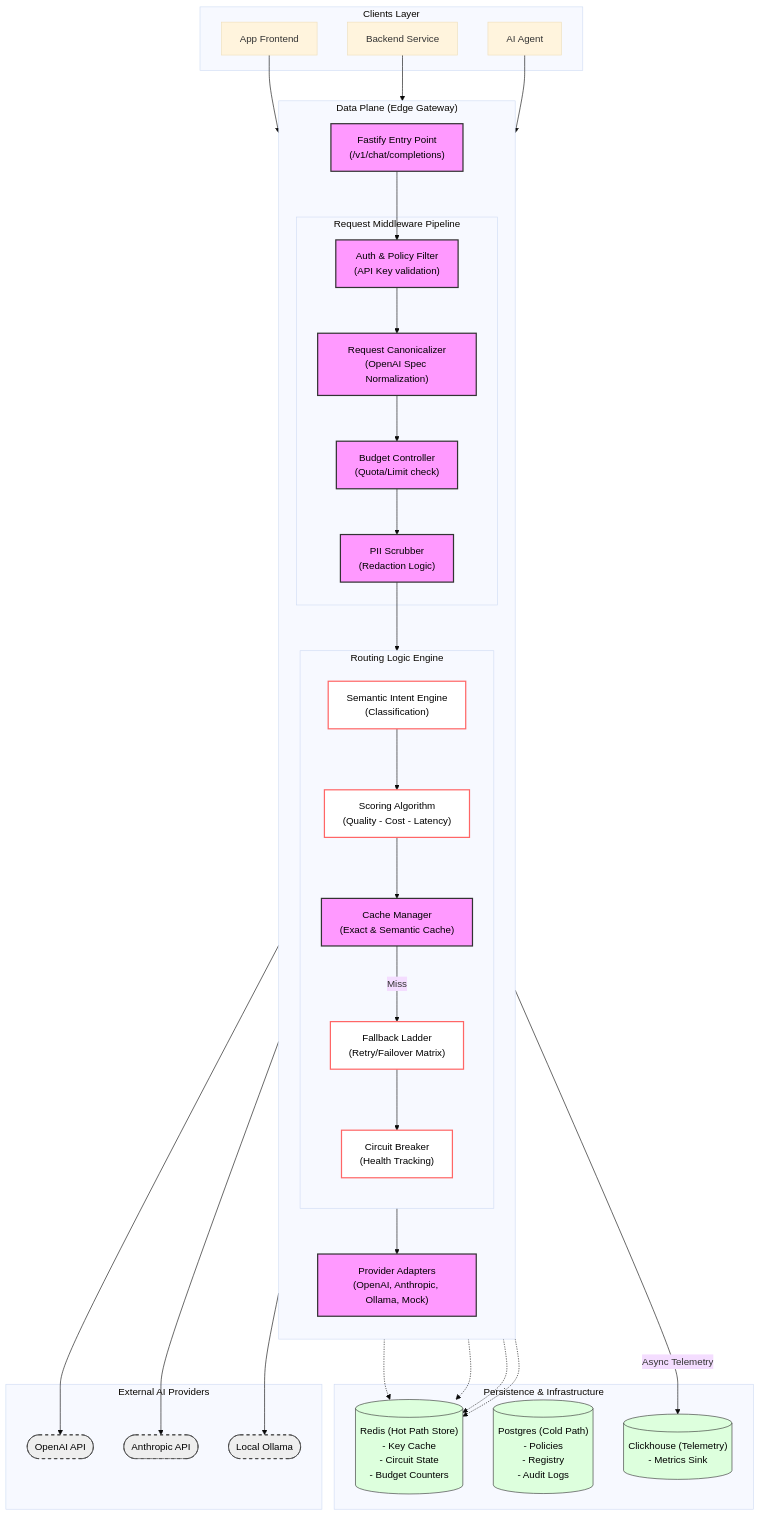
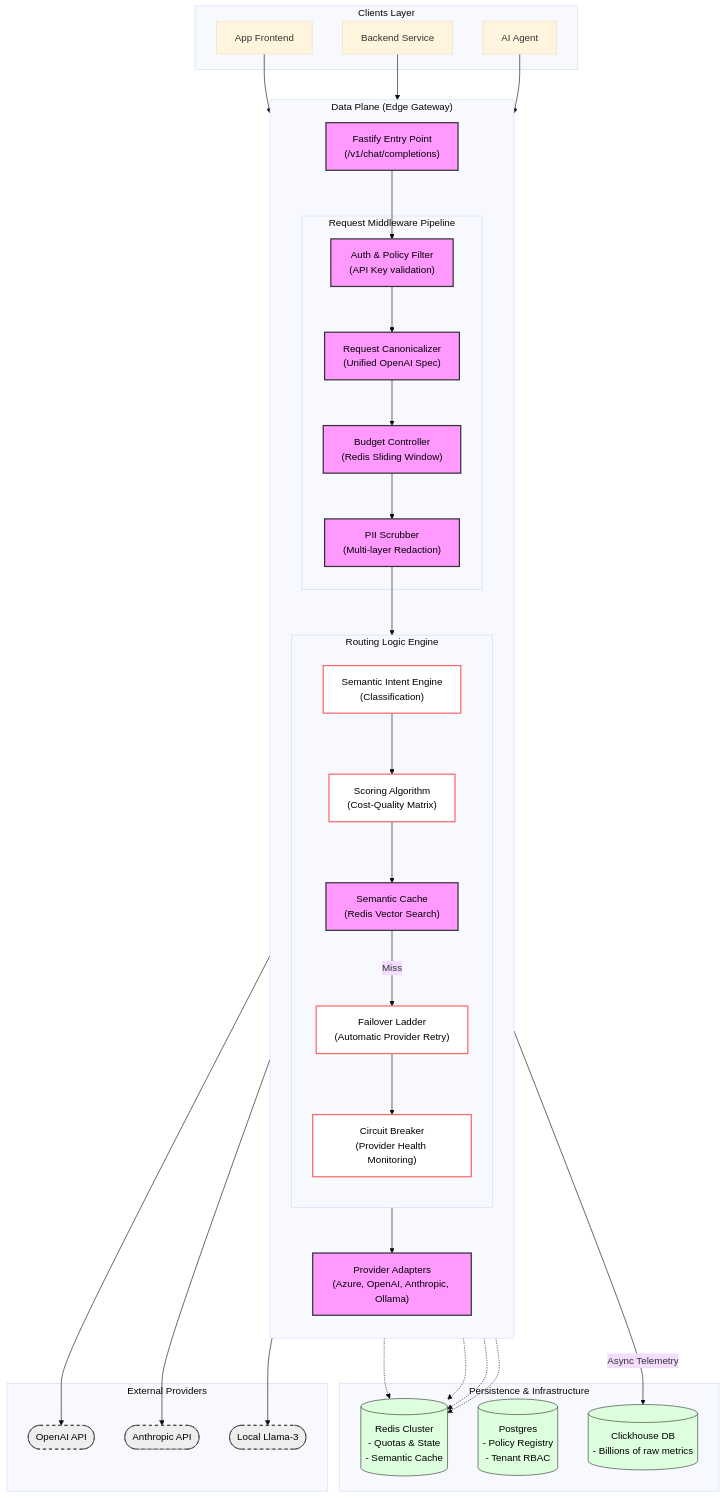
Before and after one commit to chaitanya-369/PORTOFOLIO-WEBSITE: the first of 2 diagrams in src/content/projects/api-saviour.mdx, drawn with Mermaid (base theme). The commit also changed other lines of this file and 19 other files, not shown here.

````diff
--- a/src/content/projects/api-saviour.mdx
+++ b/src/content/projects/api-saviour.mdx
@@ -13,70 +25,70 @@
 ```mermaid
 flowchart TD
     %% Global Styling
     classDef plain fill:#fff,stroke:#333,stroke-width:1px
     classDef gateway fill:#f9f,stroke:#333,stroke-width:2px,color:#000
     classDef admin fill:#bbf,stroke:#333,stroke-width:2px,color:#000
     classDef storage fill:#dfd,stroke:#333,stroke-width:1px,color:#000
     classDef external fill:#eee,stroke:#333,stroke-dasharray: 5 5,color:#000
     classDef logic fill:#fff,stroke:#f66,stroke-width:2px,color:#000
 
     subgraph "Clients Layer"
         C1["App Frontend"]
         C2["Backend Service"]
         C3["AI Agent"]
     end
 
     subgraph "Data Plane (Edge Gateway)"
         direction TB
         GW["Fastify Entry Point\n(/v1/chat/completions)"]
         
         subgraph "Request Middleware Pipeline"
             Auth["Auth & Policy Filter\n(API Key validation)"]
-            Canon["Request Canonicalizer\n(OpenAI Spec Normalization)"]
-            Budget["Budget Controller\n(Quota/Limit check)"]
-            Scrub["PII Scrubber\n(Redaction Logic)"]
+            Canon["Request Canonicalizer\n(Unified OpenAI Spec)"]
+            Budget["Budget Controller\n(Redis Sliding Window)"]
+            Scrub["PII Scrubber\n(Multi-layer Redaction)"]
         end
 
         subgraph "Routing Logic Engine"
             direction TB
             Intent["Semantic Intent Engine\n(Classification)"]
-            Score["Scoring Algorithm\n(Quality - Cost - Latency)"]
-            Cache["Cache Manager\n(Exact & Semantic Cache)"]
-            Ladder["Fallback Ladder\n(Retry/Failover Matrix)"]
-            Circuit["Circuit Breaker\n(Health Tracking)"]
+            Score["Scoring Algorithm\n(Cost-Quality Matrix)"]
+            Cache["Semantic Cache\n(Redis Vector Search)"]
+            Ladder["Failover Ladder\n(Automatic Provider Retry)"]
+            Circuit["Circuit Breaker\n(Provider Health Monitoring)"]
         end
 
-        Adapters["Provider Adapters\n(OpenAI, Anthropic, Ollama, Mock)"]
+        Adapters["Provider Adapters\n(Azure, OpenAI, Anthropic, Ollama)"]
     end
 
     subgraph "Persistence & Infrastructure"
-        Redis[("Redis (Hot Path Store)\n- Key Cache\n- Circuit State\n- Budget Counters")]
-        Postgres[("Postgres (Cold Path)\n- Policies\n- Registry\n- Audit Logs")]
-        Clickhouse[("Clickhouse (Telemetry)\n- Metrics Sink")]
+        Redis[("Redis Cluster\n- Quotas & State\n- Semantic Cache")]
+        Postgres[("Postgres\n- Policy Registry\n- Tenant RBAC")]
+        Clickhouse[("Clickhouse DB\n- Billions of raw metrics")]
     end
 
-    subgraph "External AI Providers"
+    subgraph "External Providers"
         OpenAI(["OpenAI API"])
         Anthropic(["Anthropic API"])
-        Ollama(["Local Ollama"])
+        Local(["Local Llama-3"])
     end
 
     %% Connections
     C1 & C2 & C3 --> GW
     GW --> Auth --> Canon --> Budget --> Scrub --> Intent
     Intent --> Score --> Cache
     Cache -- "Miss" --> Ladder --> Circuit --> Adapters
-    Adapters --> OpenAI & Anthropic & Ollama
+    Adapters --> OpenAI & Anthropic & Local
 
     %% Storage Links
     Auth -.-> Redis
     Budget -.-> Redis
     Cache -.-> Redis
     Circuit -.-> Redis
     Adapters -- "Async Telemetry" --> Clickhouse
 
     class GW,Auth,Canon,Budget,Scrub,Intent,Score,Cache,Ladder,Circuit,Adapters gateway
     class Redis,Postgres,Clickhouse storage
-    class OpenAI,Anthropic,Ollama external
+    class OpenAI,Anthropic,Local external
     class Intent,Score,Ladder,Circuit logic
 ```
````
